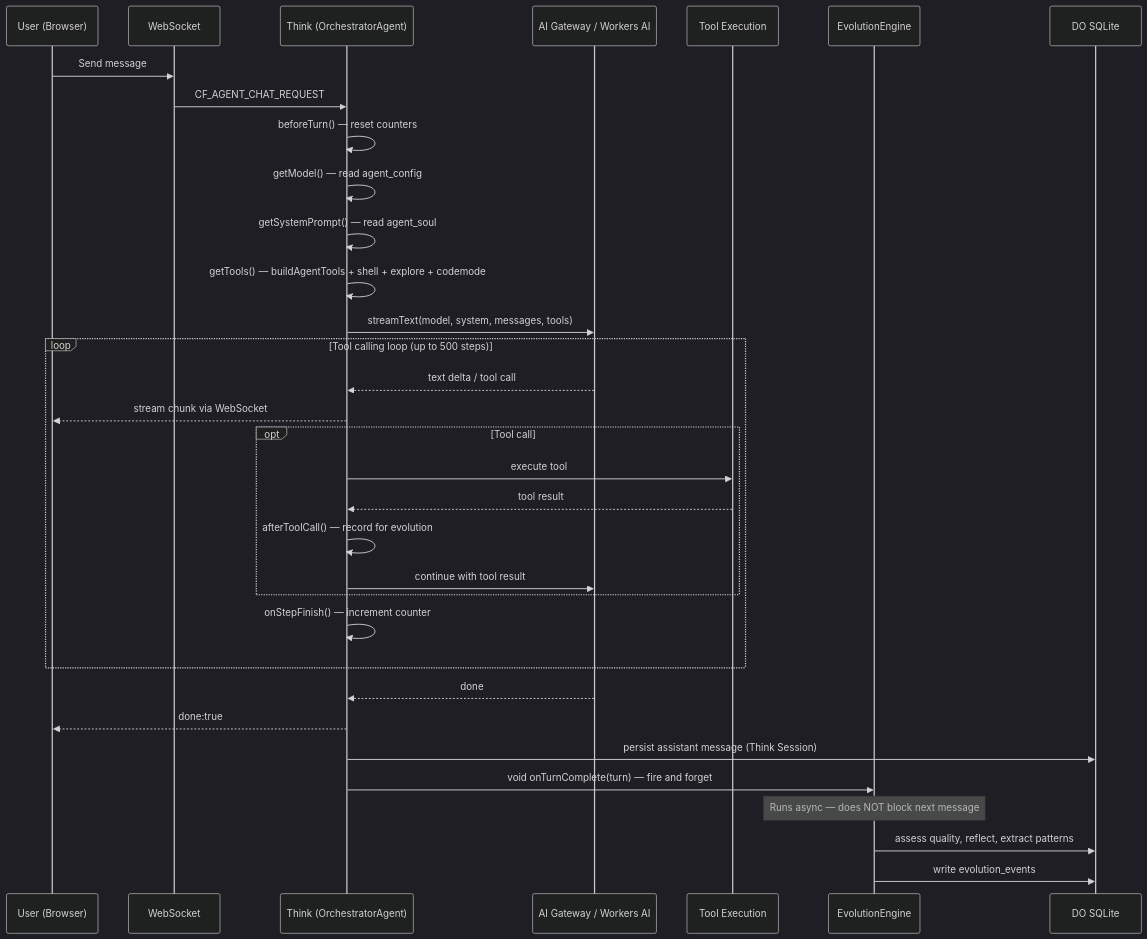
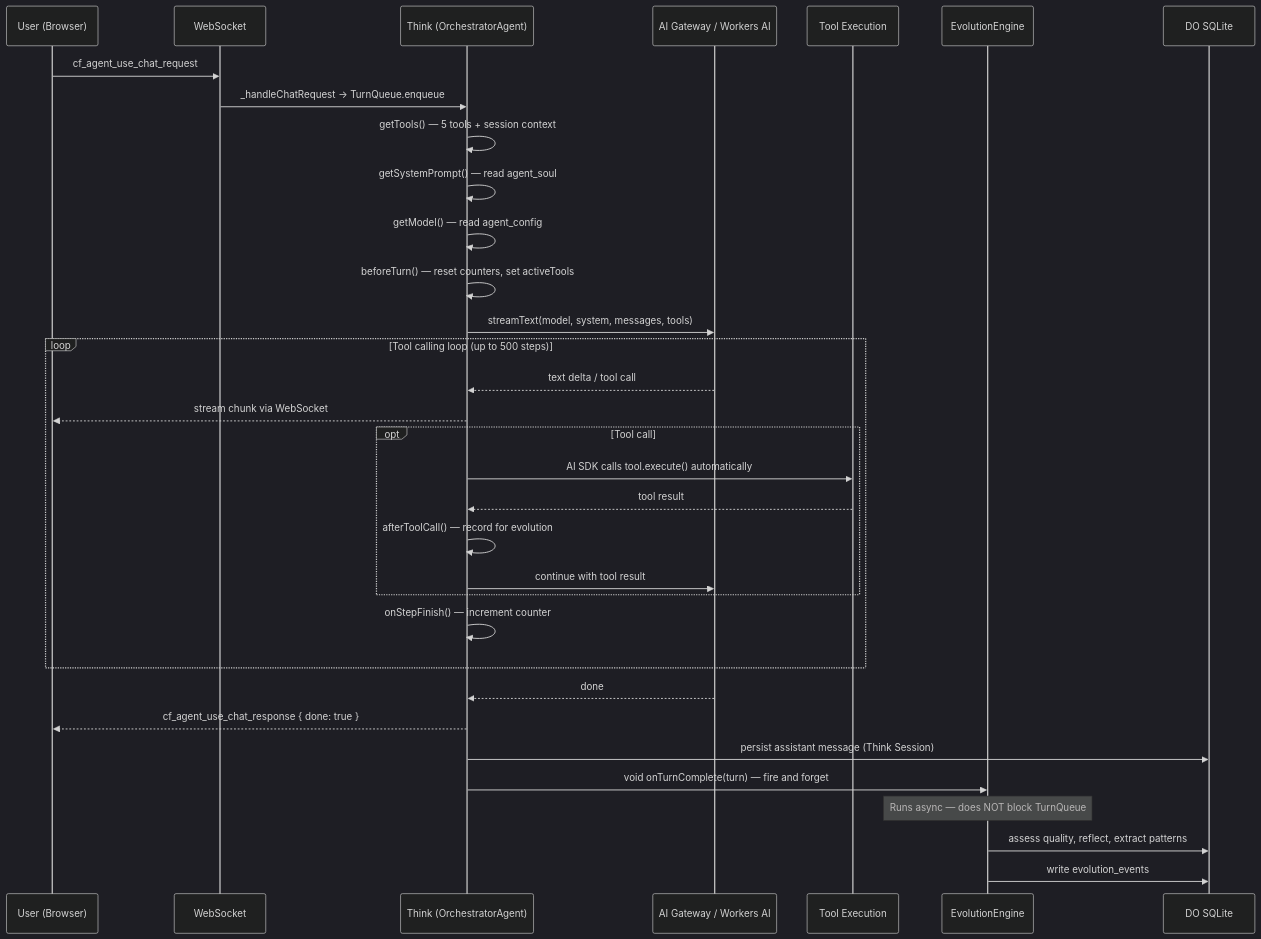
Before and after one commit to AshishKumar4/Proteus: the first of 3 diagrams in docs/ARCHITECTURE.md, drawn with Mermaid (dark theme). The commit also changed other lines of this file and 9 other files, not shown here.

````diff
--- a/docs/ARCHITECTURE.md
+++ b/docs/ARCHITECTURE.md
@@ -7,36 +73,36 @@
 ```mermaid
 sequenceDiagram
     participant U as User (Browser)
     participant WS as WebSocket
     participant T as Think (OrchestratorAgent)
     participant LLM as AI Gateway / Workers AI
     participant Tools as Tool Execution
     participant Evo as EvolutionEngine
     participant DB as DO SQLite
 
-    U->>WS: Send message
-    WS->>T: CF_AGENT_CHAT_REQUEST
-    T->>T: beforeTurn() — reset counters
+    U->>WS: cf_agent_use_chat_request
+    WS->>T: _handleChatRequest → TurnQueue.enqueue
+    T->>T: getTools() — 5 tools + session context
+    T->>T: getSystemPrompt() — read agent_soul
     T->>T: getModel() — read agent_config
-    T->>T: getSystemPrompt() — read agent_soul
-    T->>T: getTools() — buildAgentTools + shell + explore + codemode
+    T->>T: beforeTurn() — reset counters, set activeTools
     T->>LLM: streamText(model, system, messages, tools)
     loop Tool calling loop (up to 500 steps)
         LLM-->>T: text delta / tool call
         T-->>U: stream chunk via WebSocket
         opt Tool call
-            T->>Tools: execute tool
+            T->>Tools: AI SDK calls tool.execute() automatically
             Tools-->>T: tool result
             T->>T: afterToolCall() — record for evolution
             T->>LLM: continue with tool result
         end
         T->>T: onStepFinish() — increment counter
     end
     LLM-->>T: done
-    T-->>U: done:true
+    T-->>U: cf_agent_use_chat_response { done: true }
     T->>DB: persist assistant message (Think Session)
     T->>Evo: void onTurnComplete(turn) — fire and forget
-    Note over Evo: Runs async — does NOT block next message
+    Note over Evo: Runs async — does NOT block TurnQueue
     Evo->>DB: assess quality, reflect, extract patterns
     Evo->>DB: write evolution_events
 ```
````
